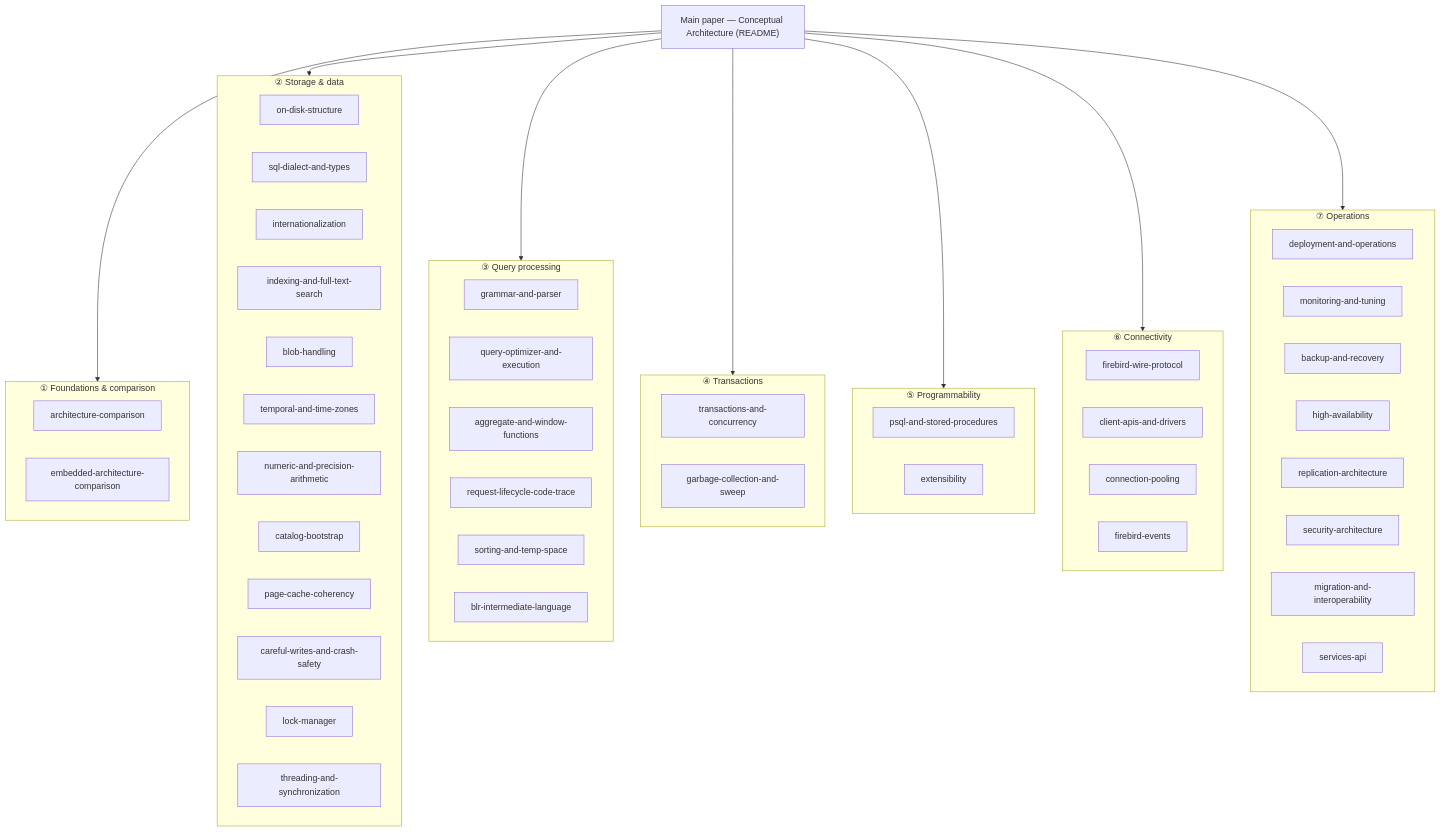
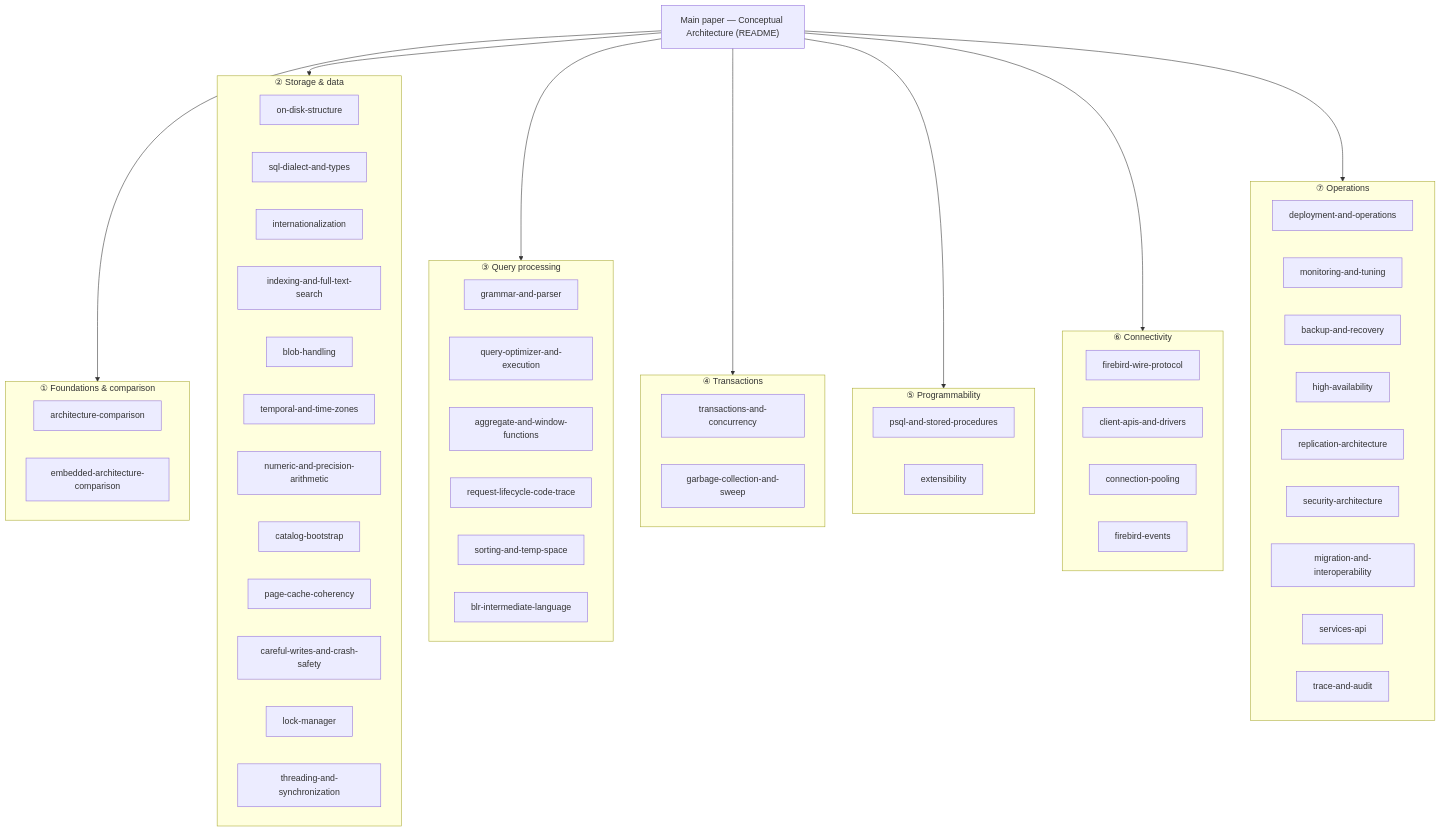
One commit to mariuz/conceptual-architecture-for-firebird-paper changed the diagram in READING-GUIDE.md. Above: the diagram before and after it, drawn with Mermaid. The commit also changed other lines of this file and 2 other files, not shown here.

First line of the commit message:
Add trace and audit document — the engine's event stream

````diff
--- a/READING-GUIDE.md
+++ b/READING-GUIDE.md
@@ -9,57 +9,58 @@
 ```mermaid
 flowchart TB
     PAPER["Main paper — Conceptual Architecture (README)"]
 
     PAPER --> T1 & T2 & T3 & T4 & T5 & T6 & T7
 
     subgraph T1["① Foundations & comparison"]
         A1["architecture-comparison"]
         A2["embedded-architecture-comparison"]
     end
     subgraph T2["② Storage & data"]
         B1["on-disk-structure"]
         B2["sql-dialect-and-types"]
         B3["internationalization"]
         B4["indexing-and-full-text-search"]
         B5["blob-handling"]
         B6["temporal-and-time-zones"]
         B7["numeric-and-precision-arithmetic"]
         B8["catalog-bootstrap"]
         B9["page-cache-coherency"]
         B10["careful-writes-and-crash-safety"]
         B11["lock-manager"]
         B12["threading-and-synchronization"]
     end
     subgraph T3["③ Query processing"]
         C1["grammar-and-parser"]
         C2["query-optimizer-and-execution"]
         C3["aggregate-and-window-functions"]
         C4["request-lifecycle-code-trace"]
         C5["sorting-and-temp-space"]
         C6["blr-intermediate-language"]
     end
     subgraph T4["④ Transactions"]
         D1["transactions-and-concurrency"]
         D2["garbage-collection-and-sweep"]
     end
     subgraph T5["⑤ Programmability"]
         E1["psql-and-stored-procedures"]
         E2["extensibility"]
     end
     subgraph T6["⑥ Connectivity"]
         F1["firebird-wire-protocol"]
         F2["client-apis-and-drivers"]
         F3["connection-pooling"]
         F4["firebird-events"]
     end
     subgraph T7["⑦ Operations"]
         G1["deployment-and-operations"]
         G2["monitoring-and-tuning"]
         G3["backup-and-recovery"]
         G4["high-availability"]
         G5["replication-architecture"]
         G6["security-architecture"]
         G7["migration-and-interoperability"]
         G8["services-api"]
+        G9["trace-and-audit"]
     end
 ```
````
